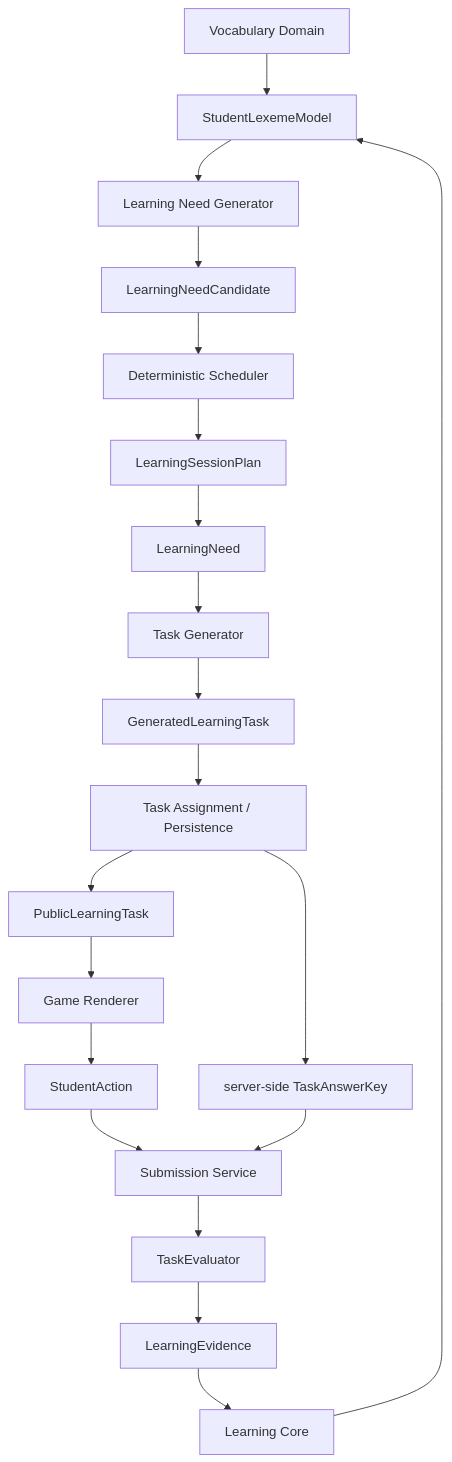
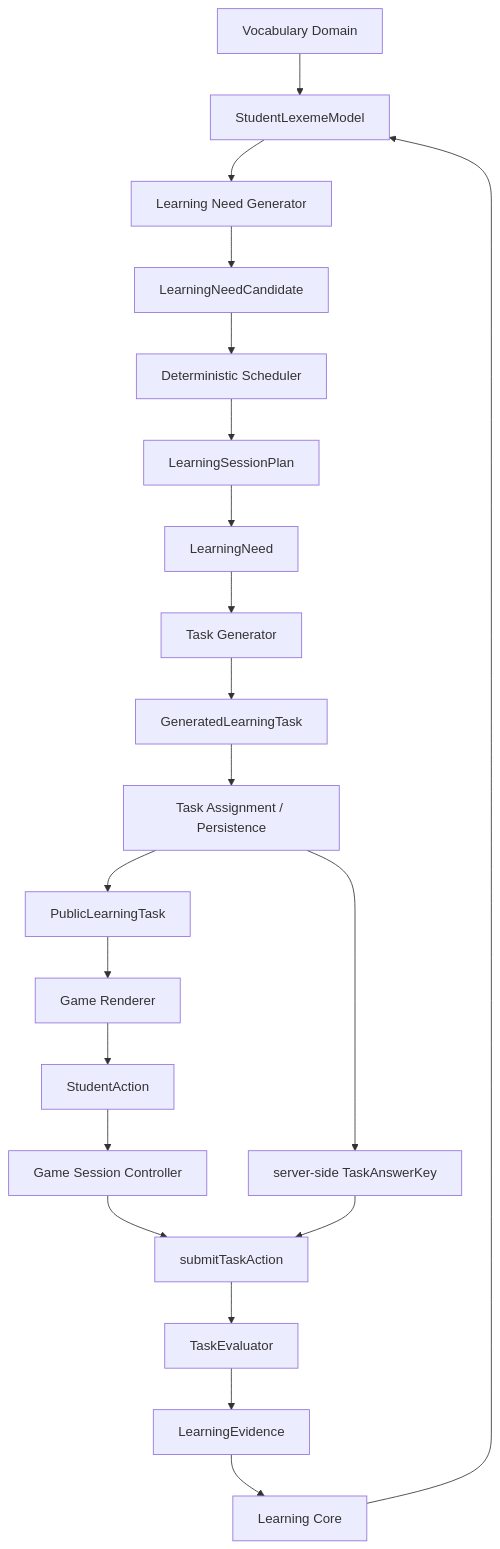
The diagram in docs/ARCHITECTURE.md (chipmuck228/wordranger), drawn with Mermaid before and after one commit. The commit also changed other lines of this file and 38 other files, not shown here.

````diff
--- a/docs/ARCHITECTURE.md
+++ b/docs/ARCHITECTURE.md
@@ -7,41 +7,43 @@
 ```mermaid
 flowchart TD
   vocab[Vocabulary Domain]
   model[StudentLexemeModel]
   generator[Learning Need Generator]
   candidates[LearningNeedCandidate]
   scheduler[Deterministic Scheduler]
   plan[LearningSessionPlan]
   need[LearningNeed]
   gen[Task Generator]
   generated[GeneratedLearningTask]
   assignment[Task Assignment / Persistence]
   publicTask[PublicLearningTask]
   renderer[Game Renderer]
   action[StudentAction]
-  submit[Submission Service]
+  sessionCtl[Game Session Controller]
+  submit[submitTaskAction]
   answerKey[server-side TaskAnswerKey]
   evaluator[TaskEvaluator]
   evidence[LearningEvidence]
   core[Learning Core]
 
   vocab --> model
   model --> generator
   generator --> candidates
   candidates --> scheduler
   scheduler --> plan
   plan --> need
   need --> gen
   gen --> generated
   generated --> assignment
   assignment --> publicTask
   publicTask --> renderer
   renderer --> action
-  action --> submit
+  action --> sessionCtl
+  sessionCtl --> submit
   assignment --> answerKey
   answerKey --> submit
   submit --> evaluator
   evaluator --> evidence
   evidence --> core
   core --> model
 ```
````
